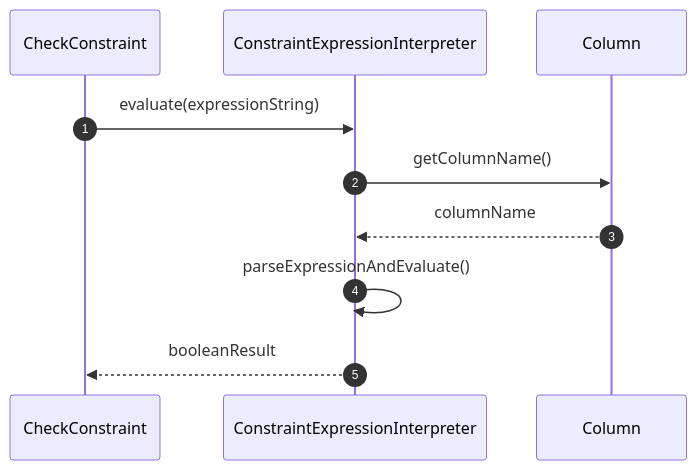
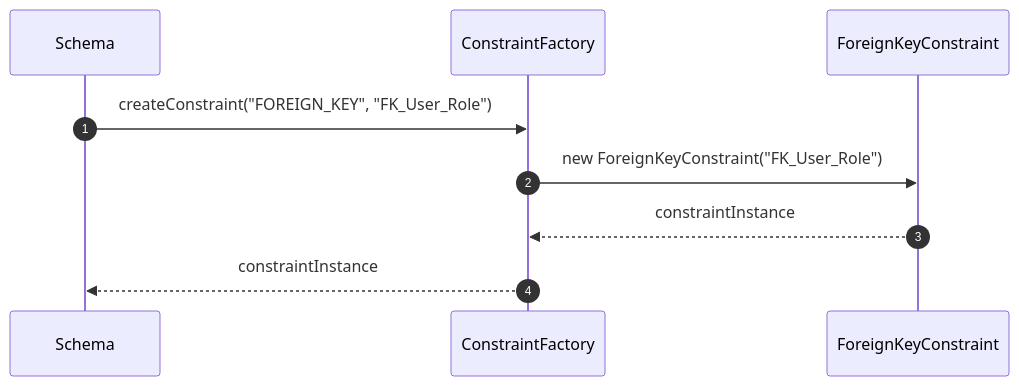
One commit to Dikhang1112/Database_Management_BBV changed diagram 11 of 15 in docs/design_patterns/metadata/Sequece.md. Above: the diagram before and after it, drawn with Mermaid. The commit also changed other lines of this file and 2 other files, not shown here.

Commit message:
Refactor class diagram follow desgin pattern and document

````diff
--- a/docs/design_patterns/metadata/Sequece.md
+++ b/docs/design_patterns/metadata/Sequece.md
@@ -326,13 +266,12 @@
 ```mermaid
 sequenceDiagram
     autonumber
-    participant Check as CheckConstraint
-    participant Interp as ConstraintExpressionInterpreter
-    participant Col as Column
+    participant Schema as Schema
+    participant CF as ConstraintFactory
+    participant FK as ForeignKeyConstraint
 
-    Check->>Interp: evaluate(expressionString)
-    Interp->>Col: getColumnName()
-    Col-->>Interp: columnName
-    Interp->>Interp: parseExpressionAndEvaluate()
-    Interp-->>Check: booleanResult
+    Schema->>CF: createConstraint("FOREIGN_KEY", "FK_User_Role")
+    CF->>FK: new ForeignKeyConstraint("FK_User_Role")
+    FK-->>CF: constraintInstance
+    CF-->>Schema: constraintInstance
 ```
````
